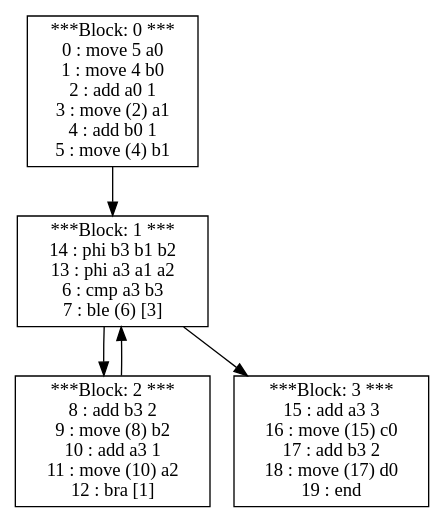
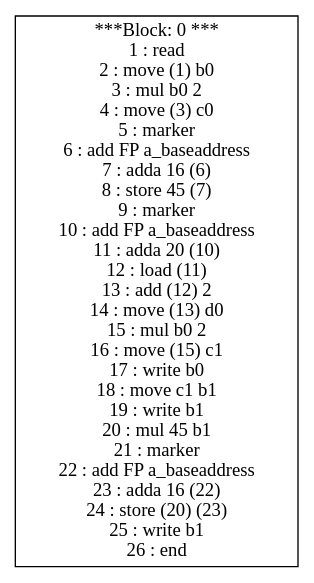
The diagram in src/Display/dotOutput_b4cp.gv (vigneshjathavara/PL241-Compiler), drawn with Graphviz before and after one commit. The commit also changed 22 other files, not shown here.

```diff
--- a/src/Display/dotOutput_b4cp.gv
+++ b/src/Display/dotOutput_b4cp.gv
@@ -1,11 +1,4 @@
 digraph structs {
-0 [shape=record,label="***Block: 0 ***\n0 : move 5 a0 \n1 : move 4 b0 \n2 : add a0 1 \n3 : move (2) a1 \n4 : add b0 1 \n5 : move (4) b1 \n"]
-1 [shape=record,label="***Block: 1 ***\n14 : phi b3 b1 b2 \n13 : phi a3 a1 a2 \n6 : cmp a3 b3 \n7 : ble (6) [3]\n"]
-2 [shape=record,label="***Block: 2 ***\n8 : add b3 2 \n9 : move (8) b2 \n10 : add a3 1 \n11 : move (10) a2 \n12 : bra [1]\n"]
-3 [shape=record,label="***Block: 3 ***\n15 : add a3 3 \n16 : move (15) c0 \n17 : add b3 2 \n18 : move (17) d0 \n19 : end \n"]
-0 -> 1;
-1 -> 2;
-2 -> 1;
-1 -> 3;
+0 [shape=record,label="***Block: 0 ***\n1 : read \n2 : move (1) b0 \n3 : mul b0 2 \n4 : move (3) c0 \n5 : marker \n6 : add FP a_baseaddress \n7 : adda 16 (6) \n8 : store 45 (7) \n9 : marker \n10 : add FP a_baseaddress \n11 : adda 20 (10) \n12 : load (11) \n13 : add (12) 2 \n14 : move (13) d0 \n15 : mul b0 2 \n16 : move (15) c1 \n17 : write b0\n18 : move c1 b1 \n19 : write b1\n20 : mul 45 b1 \n21 : marker \n22 : add FP a_baseaddress \n23 : adda 16 (22) \n24 : store (20) (23) \n25 : write b1\n26 : end \n"]
 
 }
```
